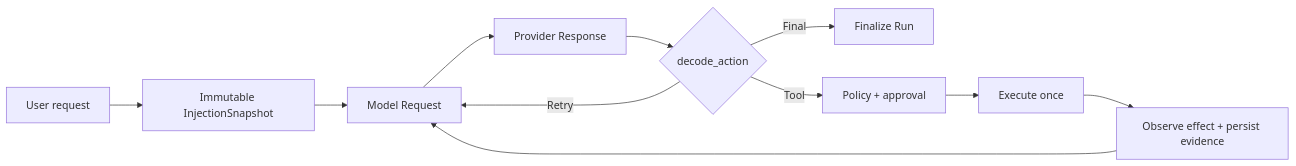
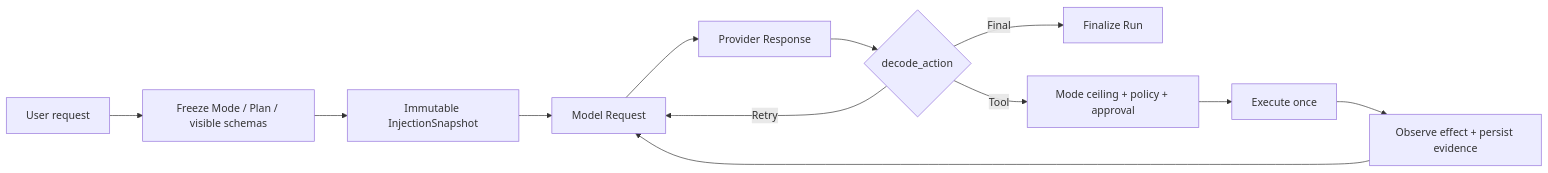
The third of 5 diagrams in docs/architecture.md (xiawiie/pony-code), drawn with Mermaid before and after one commit. The commit also changed other lines of this file and 12 other files, not shown here.

````diff
--- a/docs/architecture.md
+++ b/docs/architecture.md
@@ -133,13 +137,14 @@
 ```mermaid
 flowchart LR
-    Q["User request"] --> SNAP["Immutable InjectionSnapshot"]
+    Q["User request"] --> WF["Freeze Mode / Plan / visible schemas"]
+    WF --> SNAP["Immutable InjectionSnapshot"]
     SNAP --> REQ["Model Request"]
     REQ --> RES["Provider Response"]
     RES --> DEC{"decode_action"}
     DEC -->|Final| DONE["Finalize Run"]
-    DEC -->|Tool| POL["Policy + approval"]
+    DEC -->|Tool| POL["Mode ceiling + policy + approval"]
     DEC -->|Retry| REQ
     POL --> EXE["Execute once"]
     EXE --> OBS["Observe effect + persist evidence"]
     OBS --> REQ
 ```
````
